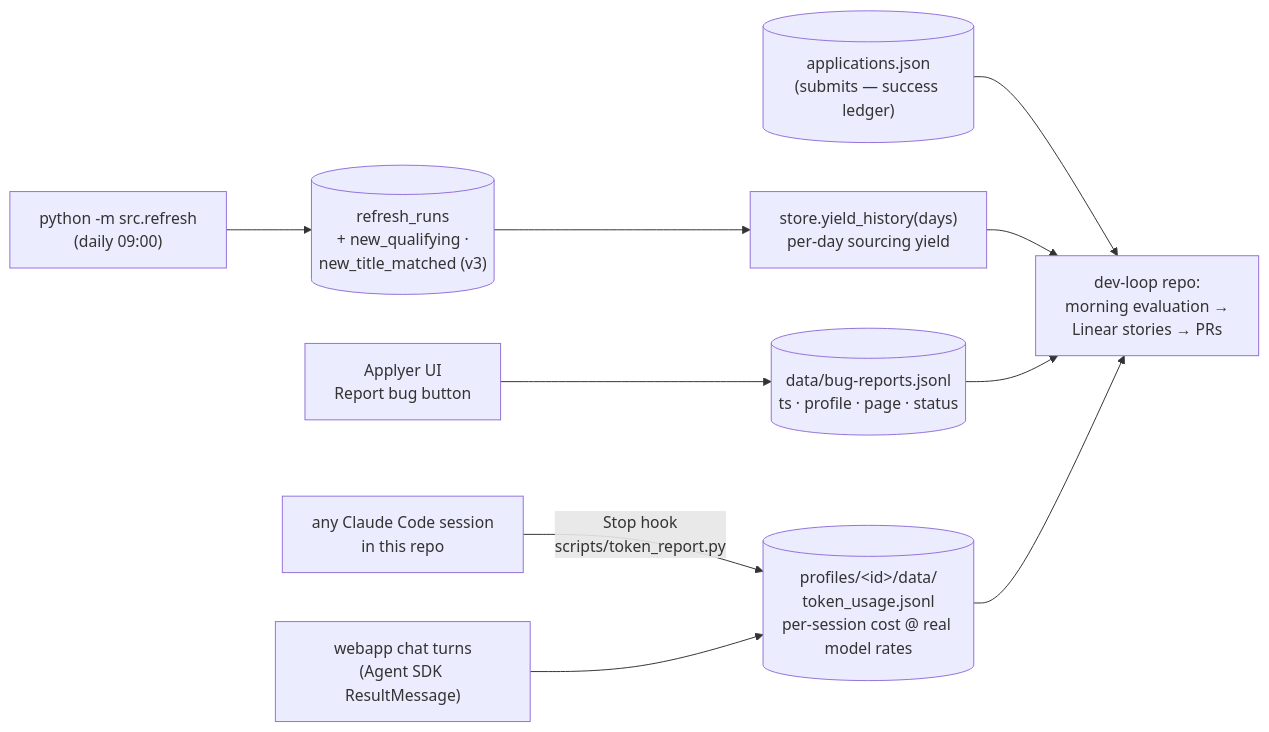
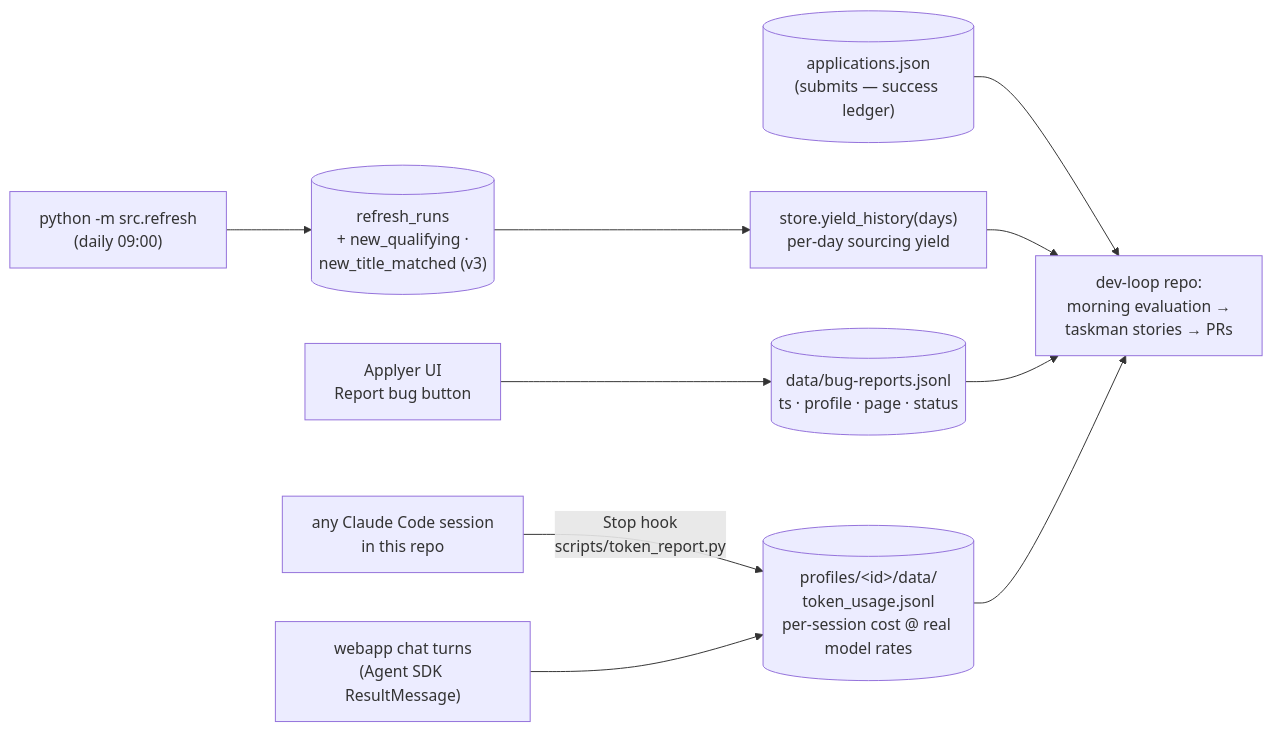
Diagram 11 of 13 in README.md (sbhaskaran0/job-applier), drawn with Mermaid before and after one commit. The commit also changed other lines of this file and 5 other files, not shown here.

````diff
--- a/README.md
+++ b/README.md
@@ -379,12 +467,12 @@
 ```mermaid
 flowchart LR
     RF["python -m src.refresh<br/>(daily 09:00)"] --> RR[("refresh_runs<br/>+ new_qualifying ·<br/>new_title_matched (v3)")]
     RR --> YH["store.yield_history(days)<br/>per-day sourcing yield"]
     UI["Applyer UI<br/>Report bug button"] --> BR[("data/bug-reports.jsonl<br/>ts · profile · page · status")]
     CC["any Claude Code session<br/>in this repo"] -- "Stop hook<br/>scripts/token_report.py" --> TU[("profiles/&lt;id&gt;/data/<br/>token_usage.jsonl<br/>per-session cost @ real model rates")]
     WS["webapp chat turns<br/>(Agent SDK ResultMessage)"] --> TU
     APPS[("applications.json<br/>(submits — success ledger)")] --> LOOP
-    YH --> LOOP["dev-loop repo:<br/>morning evaluation →<br/>Linear stories → PRs"]
+    YH --> LOOP["dev-loop repo:<br/>morning evaluation →<br/>taskman stories → PRs"]
     BR --> LOOP
     TU --> LOOP
 ```
````
